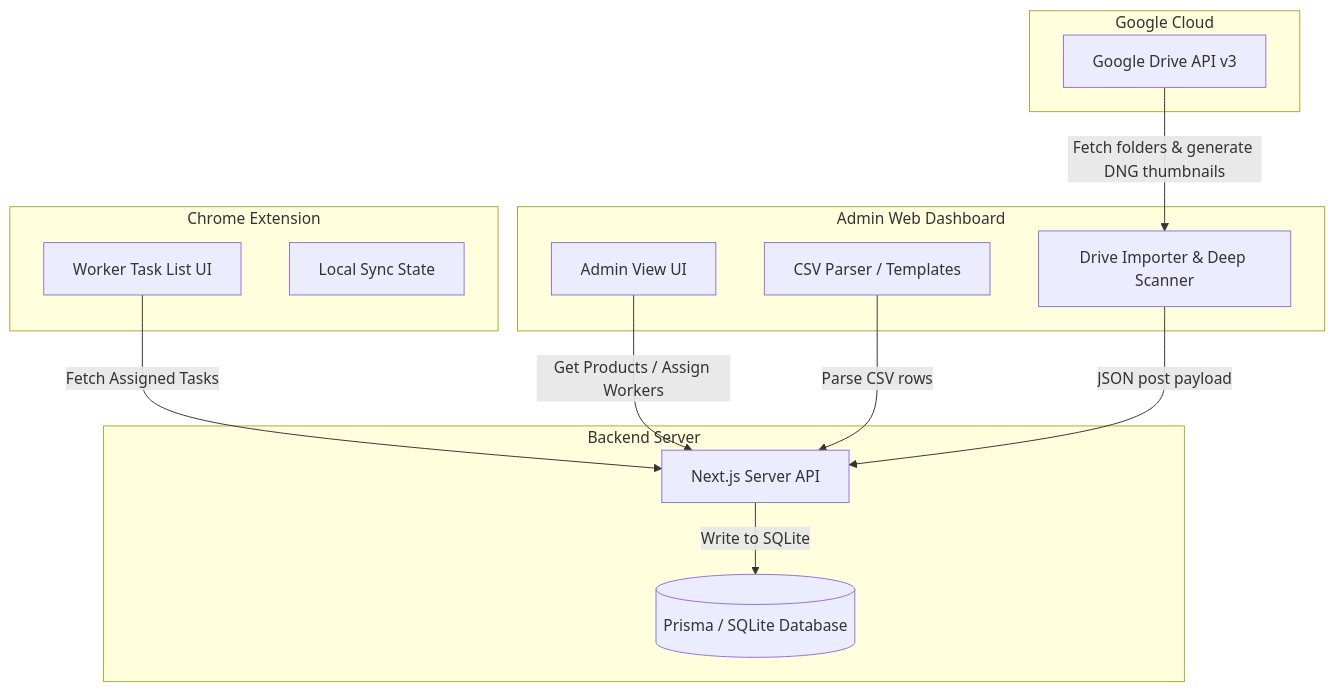
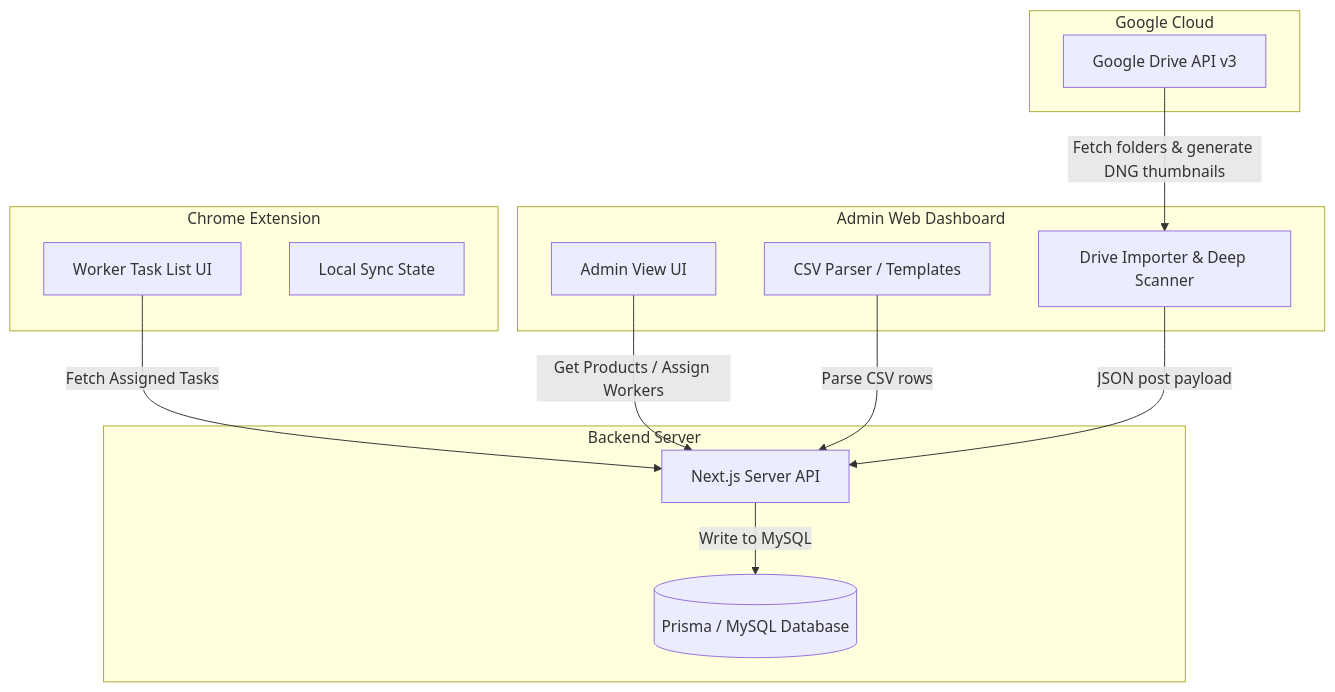
The diagram in README.md (mahe-pkm/Buzl_helper), drawn with Mermaid before and after one commit. The commit also changed other lines of this file and 43 other files, not shown here.

````diff
--- a/README.md
+++ b/README.md
@@ -14,30 +14,30 @@
 ```mermaid
 graph TD
     subgraph Google Cloud
         GD[Google Drive API v3]
     end
 
     subgraph Admin Web Dashboard
         Dashboard[Admin View UI]
         CSV[CSV Parser / Templates]
         GDExtractor[Drive Importer & Deep Scanner]
     end
 
     subgraph Backend Server
         API[Next.js Server API]
-        DB[(Prisma / SQLite Database)]
+        DB[(Prisma / MySQL Database)]
     end
 
     subgraph Chrome Extension
         ExtPopup[Worker Task List UI]
         ExtStorage[Local Sync State]
     end
 
     %% Flow lines
     GD -- Fetch folders & generate DNG thumbnails --> GDExtractor
     GDExtractor -- JSON post payload --> API
     CSV -- Parse CSV rows --> API
-    API -- Write to SQLite --> DB
+    API -- Write to MySQL --> DB
     ExtPopup -- Fetch Assigned Tasks --> API
     Dashboard -- Get Products / Assign Workers --> API
 ```
````
